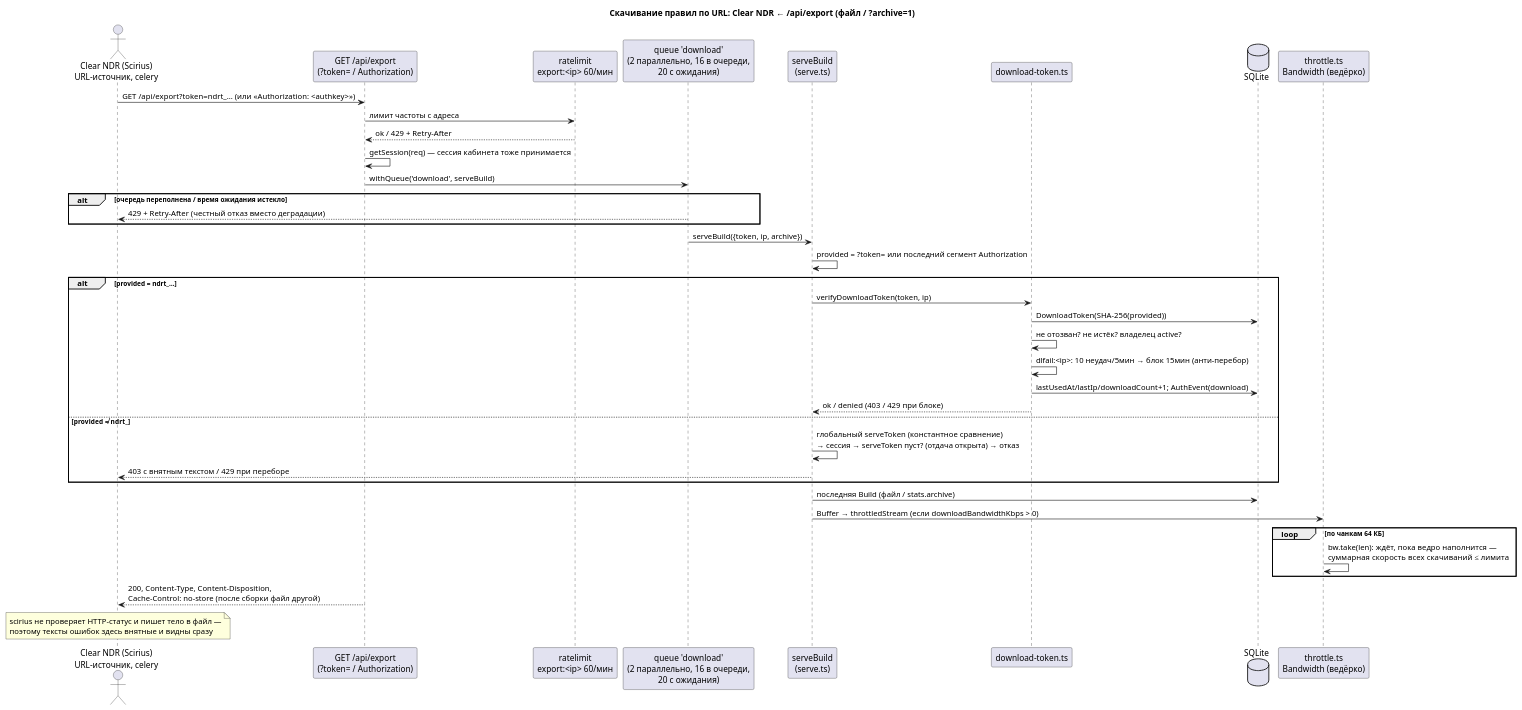
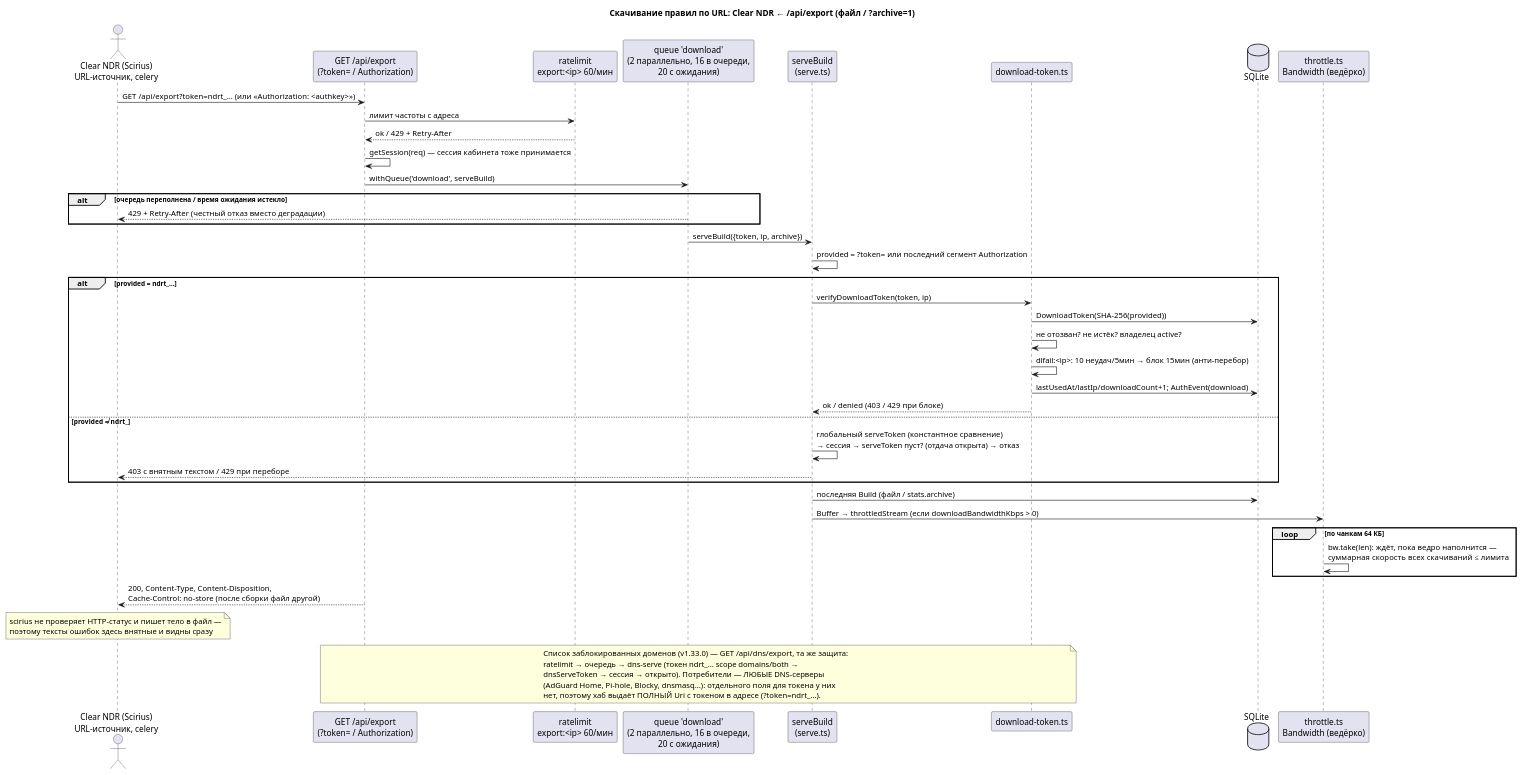
The diagram in docs/diagrams/seq-download-flow.puml (NoIDXMV6/ndr-rules-hub), drawn with PlantUML before and after one commit. The commit also changed 28 other files, not shown here.

```diff
--- a/docs/diagrams/seq-download-flow.puml
+++ b/docs/diagrams/seq-download-flow.puml
@@ -6,42 +6,49 @@
 @startuml seq-download
 title Скачивание правил по URL: Clear NDR ← /api/export (файл / ?archive=1)
 skinparam responseMessageBelowArrow true
 
 actor "Clear NDR (Scirius)\nURL-источник, celery" as SC
 participant "GET /api/export\n(?token= / Authorization)" as RT
 participant "ratelimit\nexport:<ip> 60/мин" as RL
 participant "queue 'download'\n(2 параллельно, 16 в очереди,\n20 с ожидания)" as Q
 participant "serveBuild\n(serve.ts)" as SB
 participant "download-token.ts" as TK
 database "SQLite" as DB
 participant "throttle.ts\nBandwidth (ведёрко)" as TH
 
 SC -> RT: GET /api/export?token=ndrt_…  (или «Authorization: <authkey>»)
 RT -> RL: лимит частоты с адреса
 RL --> RT: ok / 429 + Retry-After
 RT -> RT: getSession(req) — сессия кабинета тоже принимается
 RT -> Q: withQueue('download', serveBuild)
 alt очередь переполнена / время ожидания истекло
   Q --> SC: 429 + Retry-After (честный отказ вместо деградации)
 end
 Q -> SB: serveBuild({token, ip, archive})
 SB -> SB: provided = ?token= или последний сегмент Authorization
 alt provided = ndrt_…
   SB -> TK: verifyDownloadToken(token, ip)
   TK -> DB: DownloadToken(SHA-256(provided))
   TK -> TK: не отозван? не истёк? владелец active?
   TK -> TK: dlfail:<ip>: 10 неудач/5мин → блок 15мин (анти-перебор)
   TK -> DB: lastUsedAt/lastIp/downloadCount+1; AuthEvent(download)
   TK --> SB: ok / denied (403 / 429 при блоке)
 else provided ≠ ndrt_
   SB -> SB: глобальный serveToken (константное сравнение)\n→ сессия → serveToken пуст? (отдача открыта) → отказ
   SB --> SC: 403 с внятным текстом / 429 при переборе
 end
 SB -> DB: последняя Build (файл / stats.archive)
 SB -> TH: Buffer → throttledStream (если downloadBandwidthKbps > 0)
 loop по чанкам 64 КБ
   TH -> TH: bw.take(len): ждёт, пока ведро наполнится —\nсуммарная скорость всех скачиваний ≤ лимита
 end
 RT --> SC: 200, Content-Type, Content-Disposition,\nCache-Control: no-store (после сборки файл другой)
 note over SC: scirius не проверяет HTTP-статус и пишет тело в файл —\nпоэтому тексты ошибок здесь внятные и видны сразу
+note over RT,TK
+  Список заблокированных доменов (v1.33.0) — GET /api/dns/export, та же защита:
+  ratelimit → очередь → dns-serve (токен ndrt_… scope domains/both →
+  dnsServeToken → сессия → открыто). Потребители — ЛЮБЫЕ DNS-серверы
+  (AdGuard Home, Pi-hole, Blocky, dnsmasq…): отдельного поля для токена у них
+  нет, поэтому хаб выдаёт ПОЛНЫЙ Uri с токеном в адресе (?token=ndrt_…).
+end note
 @enduml
```
